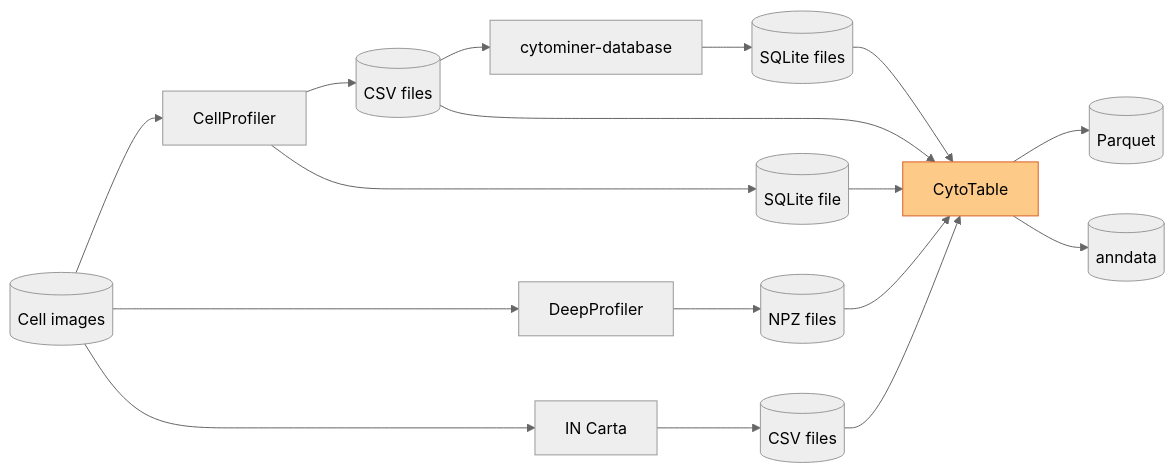
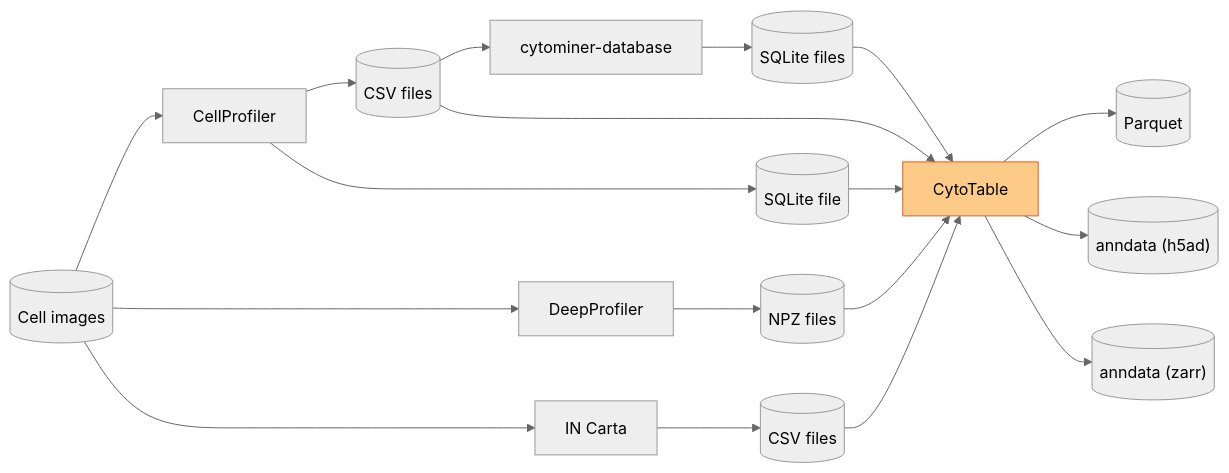
Before and after one commit to cytomining/CytoTable: the diagram in docs/source/_static/dataflow.mmd, drawn with Mermaid (neutral theme). The commit also changed 1 other file, not shown here.

```diff
--- a/docs/source/_static/dataflow.mmd
+++ b/docs/source/_static/dataflow.mmd
@@ -1,34 +1,36 @@
 flowchart LR
 
     images[(Cell images)]
     CellProfiler
     csv[(CSV files)]
     DeepProfiler
     npz[(NPZ files)]
     cytominer-database
     sqlite[(SQLite files)]
     cp_sqlite[(SQLite file)]
     in_carta[IN Carta]
     ic_csv[(CSV files)]
     parquet[(Parquet)]
-    anndata[(anndata)]
+    anndata_h5[("anndata (h5ad)")]
+    anndata_zarr[("anndata (zarr)")]
     CytoTable
 
     images --> CellProfiler
     images --> DeepProfiler
      images --> in_carta
     CellProfiler --> csv
     CellProfiler --> cp_sqlite
     DeepProfiler --> npz
     csv --> cytominer-database
     cytominer-database --> sqlite
     in_carta --> ic_csv
     csv --> CytoTable
     npz --> CytoTable
     sqlite --> CytoTable
     cp_sqlite --> CytoTable
     ic_csv --> CytoTable
     CytoTable --> parquet
-    CytoTable --> anndata
+    CytoTable --> anndata_h5
+    CytoTable --> anndata_zarr
 
     style CytoTable fill:#FDCA88,stroke:#D96026;
```
